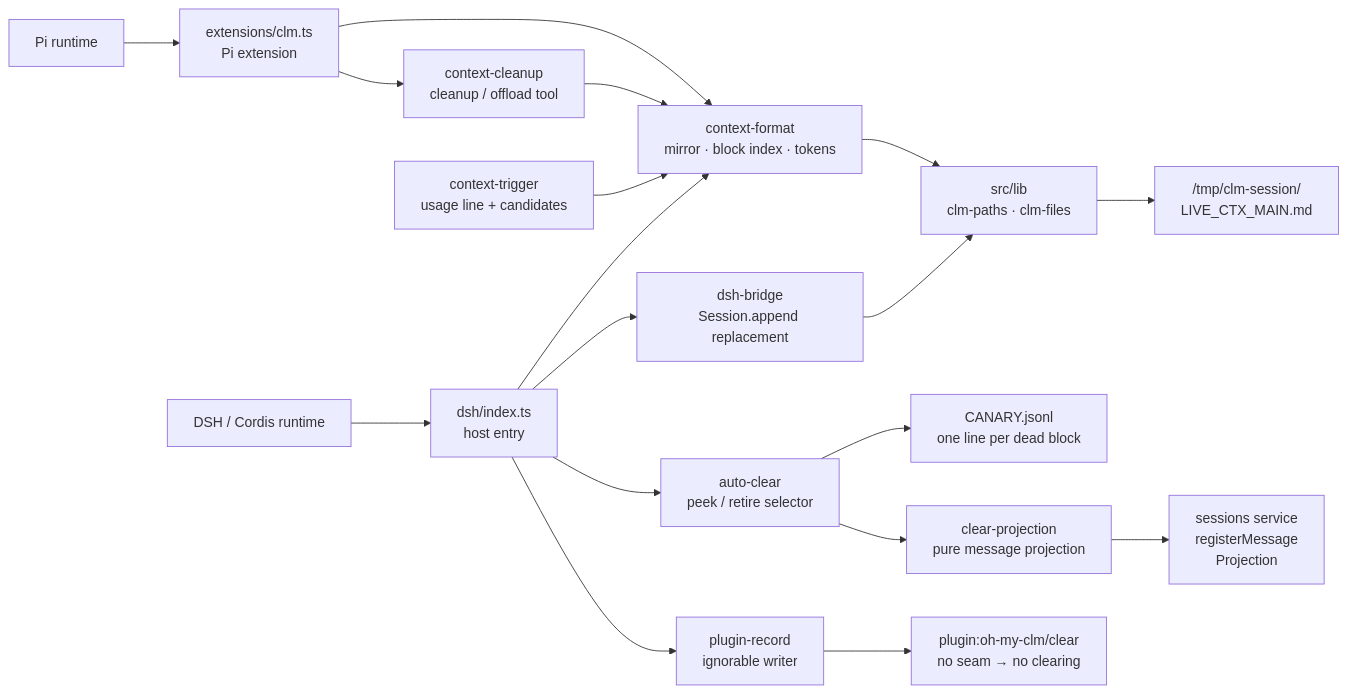
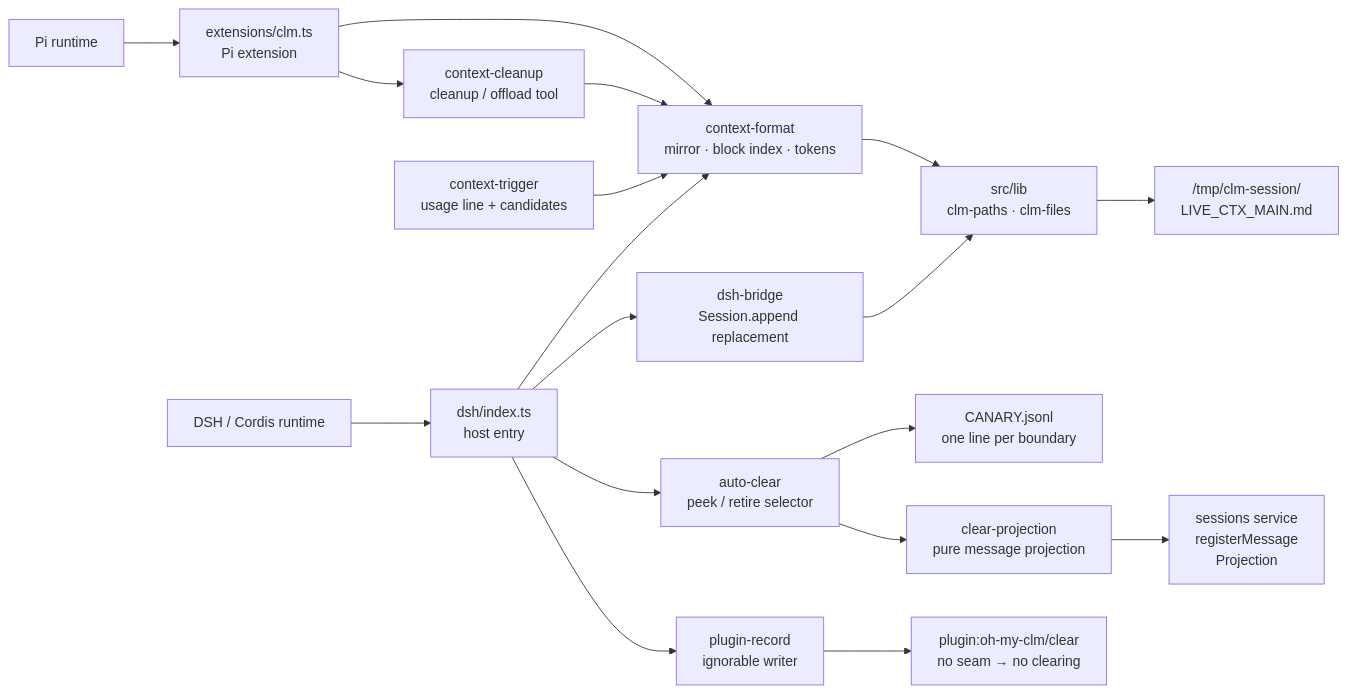
The diagram in diagrams/oh-my-clm-plugin.mmd (DevZjQx/oh-my-clm), drawn with Mermaid before and after one commit. The commit also changed 3 other files, not shown here.

First line of the commit message:
docs(diagrams): refresh the architecture diagram

```diff
--- a/diagrams/oh-my-clm-plugin.mmd
+++ b/diagrams/oh-my-clm-plugin.mmd
@@ -1,21 +1,21 @@
 graph LR
   PI["Pi runtime"] --> PIX["extensions/clm.ts<br/>Pi extension"]
   DSH["DSH / Cordis runtime"] --> DSHX["dsh/index.ts<br/>host entry"]
 
   PIX --> FMT["context-format<br/>mirror · block index · tokens"]
   DSHX --> FMT
   PIX --> CLN["context-cleanup<br/>cleanup / offload tool"]
   CLN --> FMT
   TRG["context-trigger<br/>usage line + candidates"] --> FMT
   FMT --> LIB["src/lib<br/>clm-paths · clm-files"]
   DSHX --> BRG["dsh-bridge<br/>Session.append replacement"]
   BRG --> LIB
 
   DSHX --> CAN["auto-clear<br/>peek / retire selector"]
-  CAN --> CANLOG["CANARY.jsonl<br/>one line per dead block"]
+  CAN --> CANLOG["CANARY.jsonl<br/>one line per boundary"]
   CAN --> PROJ["clear-projection<br/>pure message projection"]
   PROJ --> SEAM["sessions service<br/>registerMessage<br/>Projection"]
   DSHX --> REC["plugin-record<br/>ignorable writer"]
   REC --> PRE["plugin:oh-my-clm/clear<br/>no seam → no clearing"]
 
   LIB --> MIRROR["/tmp/clm-session/<br/>LIVE_CTX_MAIN.md"]
```
